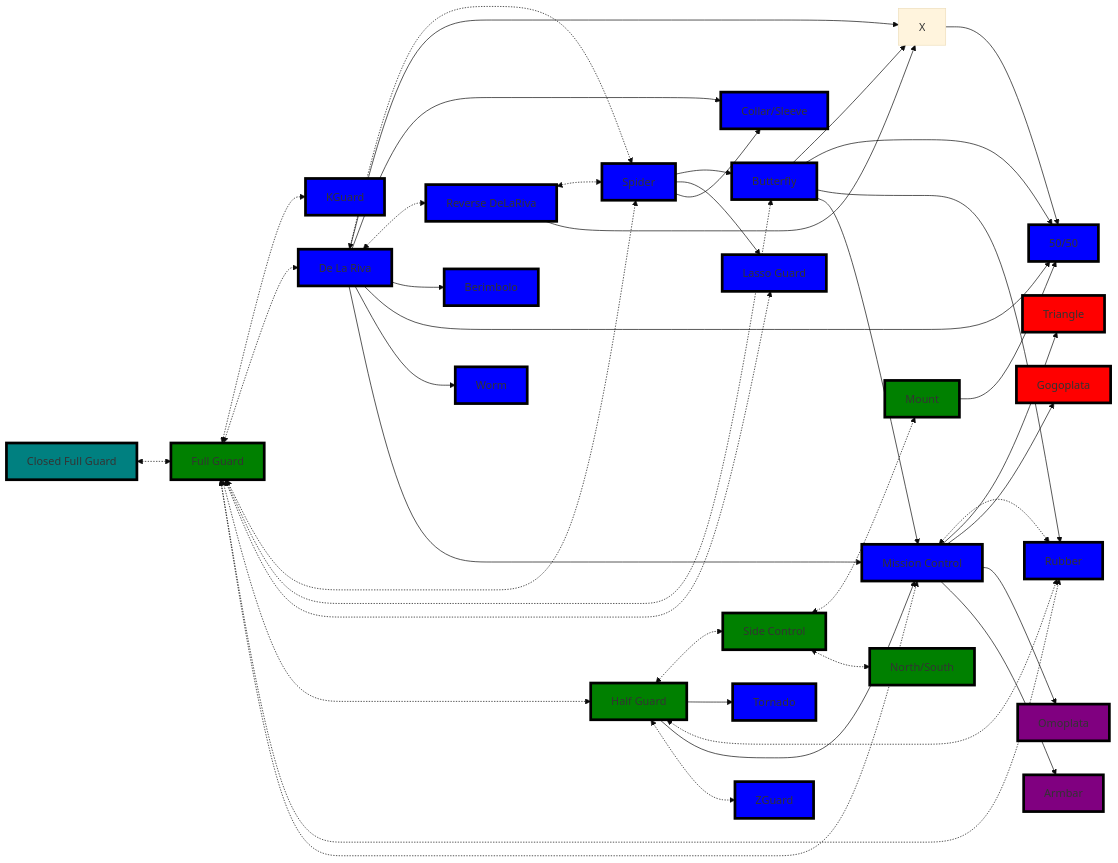
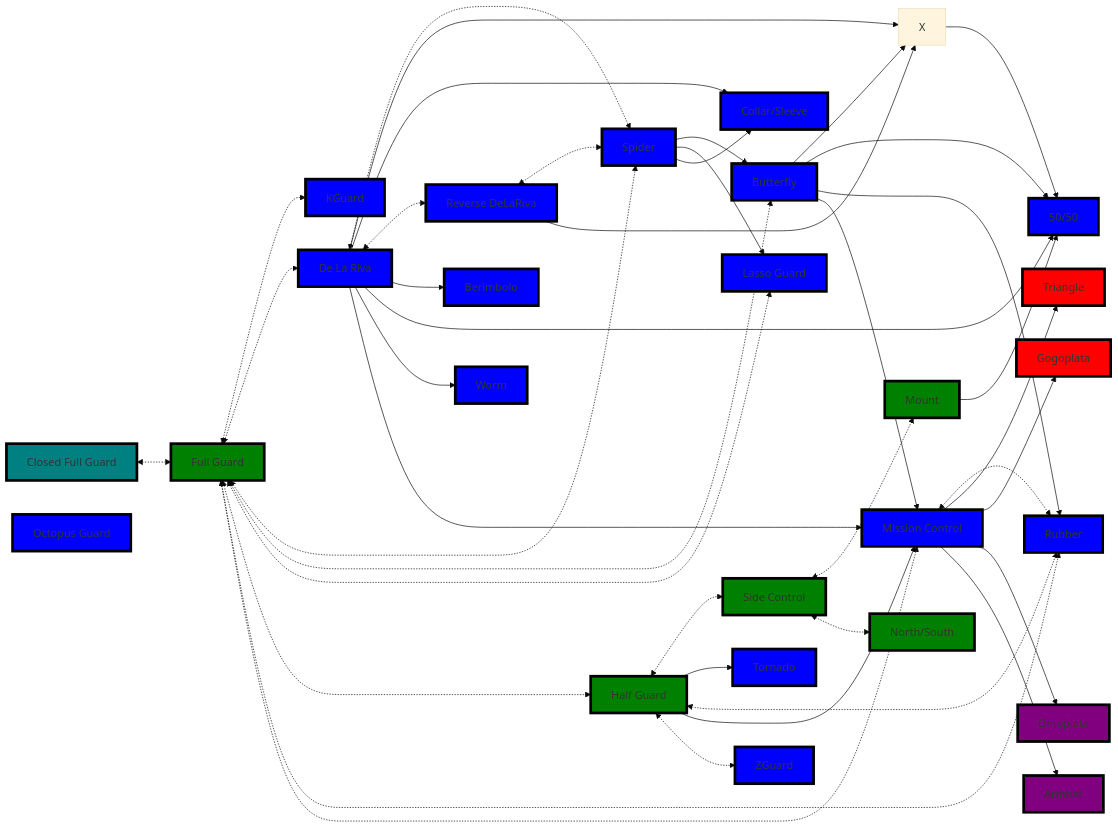
Before and after one commit to jacgit18/DevHiveMind: the first of 4 diagrams in _Fitness/MMA/Real World BJJ Flows.md, drawn with Mermaid (base theme). The commit also changed other lines of this file, not shown here.

Commit message:
vault backup: 2025-01-06 02:50:46

```diff
--- a/_Fitness/MMA/Real World BJJ Flows.md
+++ b/_Fitness/MMA/Real World BJJ Flows.md
@@ -23,6 +23,8 @@
 	R[Mission Control]
 	Z[ZGuard]
 	KGuard[KGuard]
+
+	OctopusGuard[Octopus Guard]
 
 	1[Triangle]
 	2[Gogoplata]
@@ -69,7 +71,9 @@
 	R --> 2
 	R --> 3 
 	R --> 4 
-	
+
+style OctopusGuard fill:blue,stroke:black,stroke-width:4px,shadow:shadow
+
 style Closed fill:teal,stroke:black,stroke-width:4px,shadow:shadow
 
 style KGuard fill:blue,stroke:black,stroke-width:4px,shadow:shadow
```
